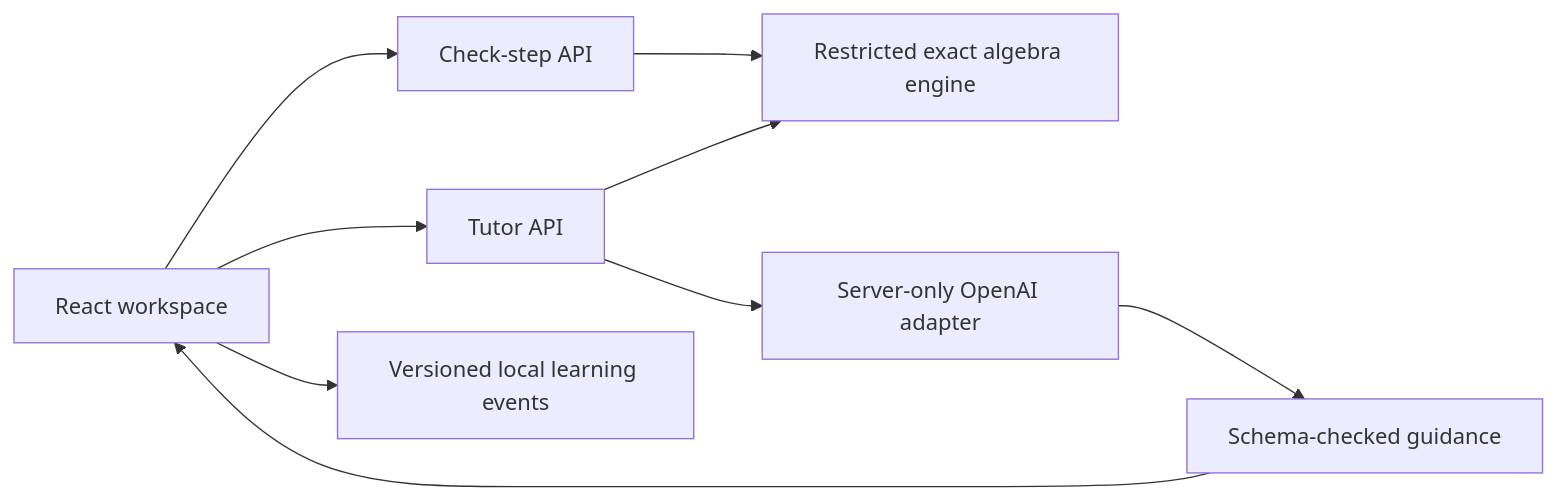
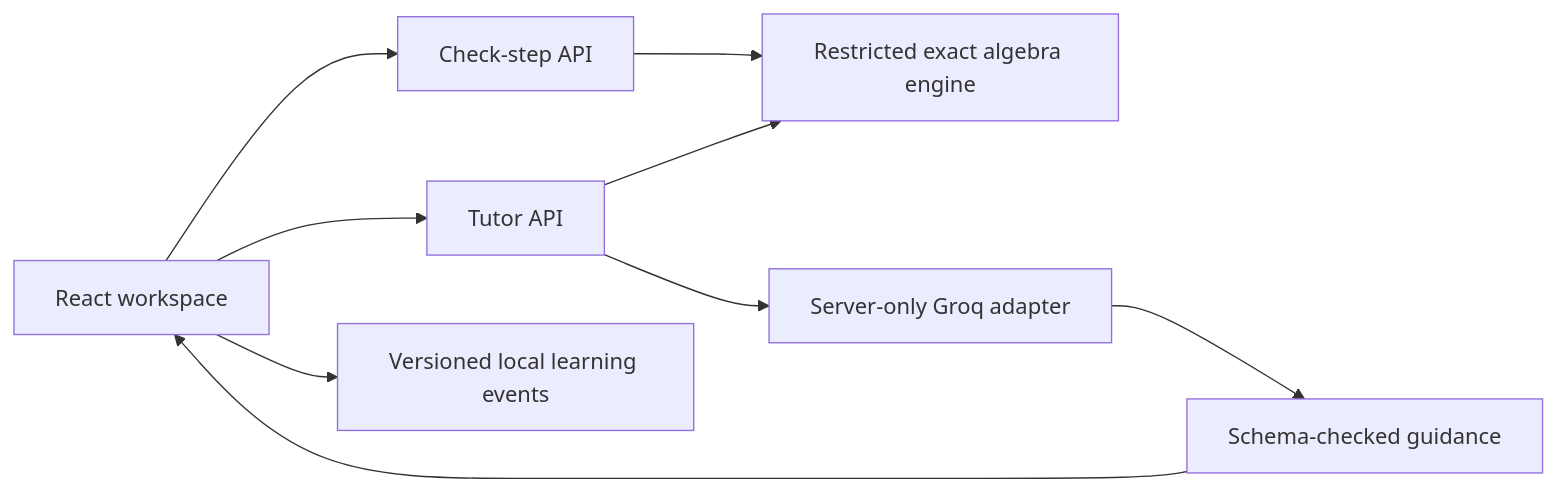
One commit to eugenestepaniuk/math-tutor-ai changed the diagram in README.md. Above: the diagram before and after it, drawn with Mermaid. The commit also changed other lines of this file and 20 other files, not shown here.

First line of the commit message:
feat(tutor): add free Groq guidance and block paid fallbacks

````diff
--- a/README.md
+++ b/README.md
@@ -56,11 +61,11 @@
 ```mermaid
 flowchart LR
   UI[React workspace] --> Check[Check-step API]
   Check --> Math[Restricted exact algebra engine]
   UI --> Tutor[Tutor API]
   Tutor --> Math
-  Tutor --> Model[Server-only OpenAI adapter]
+  Tutor --> Model[Server-only Groq adapter]
   Model --> Prose[Schema-checked guidance]
   Prose --> UI
   UI --> Local[Versioned local learning events]
 ```
````
